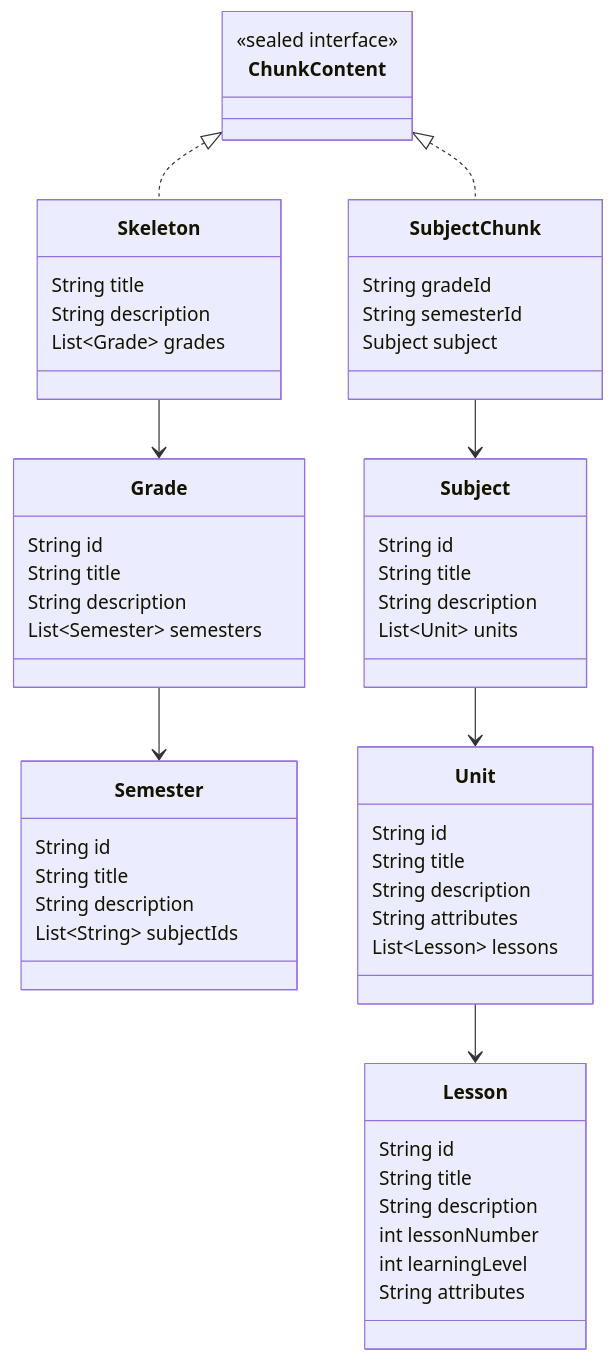
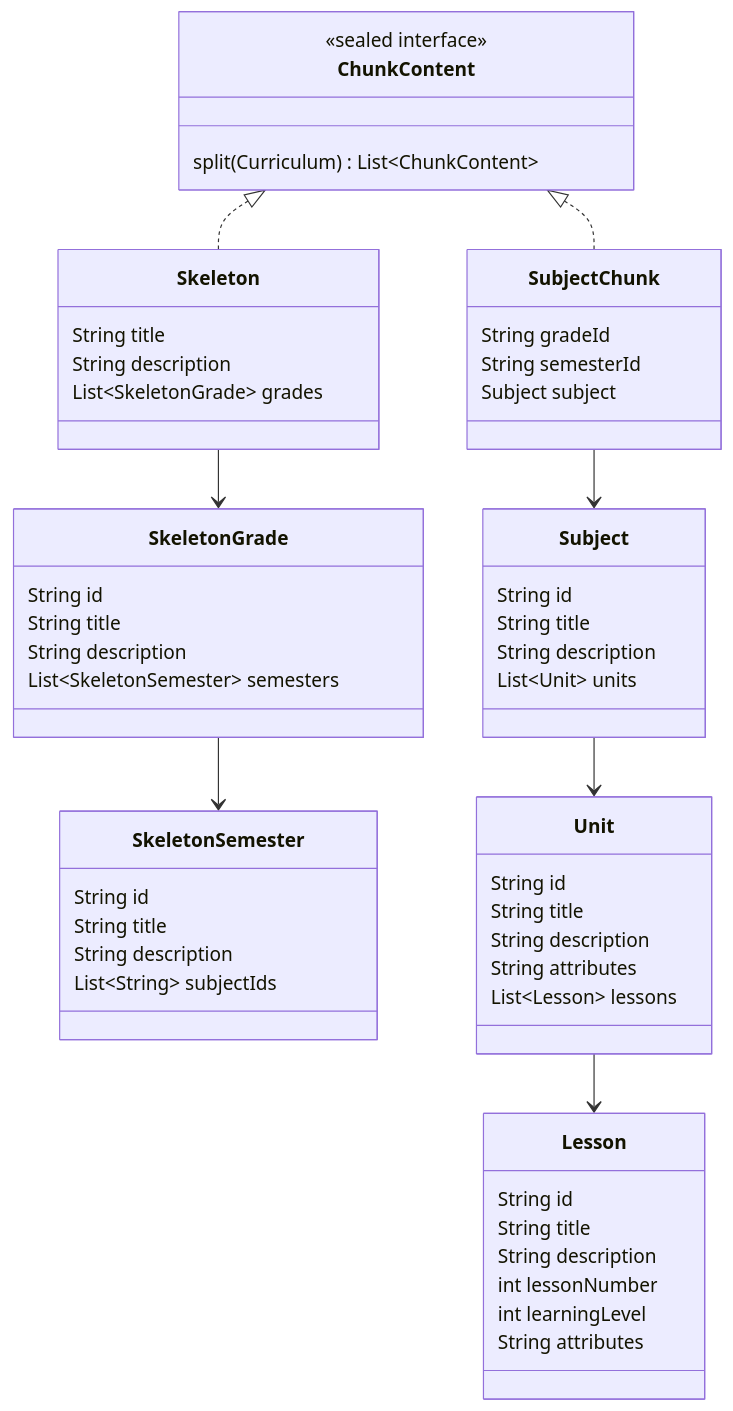
Diagram 13 of 15 in docs/system/source-read.md (brunosong/transfersystem), drawn with Mermaid before and after one commit. The commit also changed other lines of this file and 3 other files, not shown here.

````diff
--- a/docs/system/source-read.md
+++ b/docs/system/source-read.md
@@ -324,57 +368,58 @@
 ```mermaid
 classDiagram
   class ChunkContent {
     <<sealed interface>>
+    split(Curriculum) List~ChunkContent~
   }
   class Skeleton {
     String title
     String description
-    List~Grade~ grades
+    List~SkeletonGrade~ grades
   }
   class SubjectChunk {
     String gradeId
     String semesterId
     Subject subject
   }
-  class Grade {
+  class SkeletonGrade {
     String id
     String title
     String description
-    List~Semester~ semesters
+    List~SkeletonSemester~ semesters
   }
-  class Semester {
+  class SkeletonSemester {
     String id
     String title
     String description
     List~String~ subjectIds
   }
   class Subject {
     String id
     String title
     String description
     List~Unit~ units
   }
   class Unit {
     String id
     String title
     String description
     String attributes
     List~Lesson~ lessons
   }
   class Lesson {
     String id
     String title
     String description
     int lessonNumber
     int learningLevel
     String attributes
   }
 
   ChunkContent <|.. Skeleton
   ChunkContent <|.. SubjectChunk
-  Skeleton --> Grade
-  Grade --> Semester
+  Skeleton --> SkeletonGrade
+  SkeletonGrade --> SkeletonSemester
   SubjectChunk --> Subject
   Subject --> Unit
   Unit --> Lesson
 ```
````
